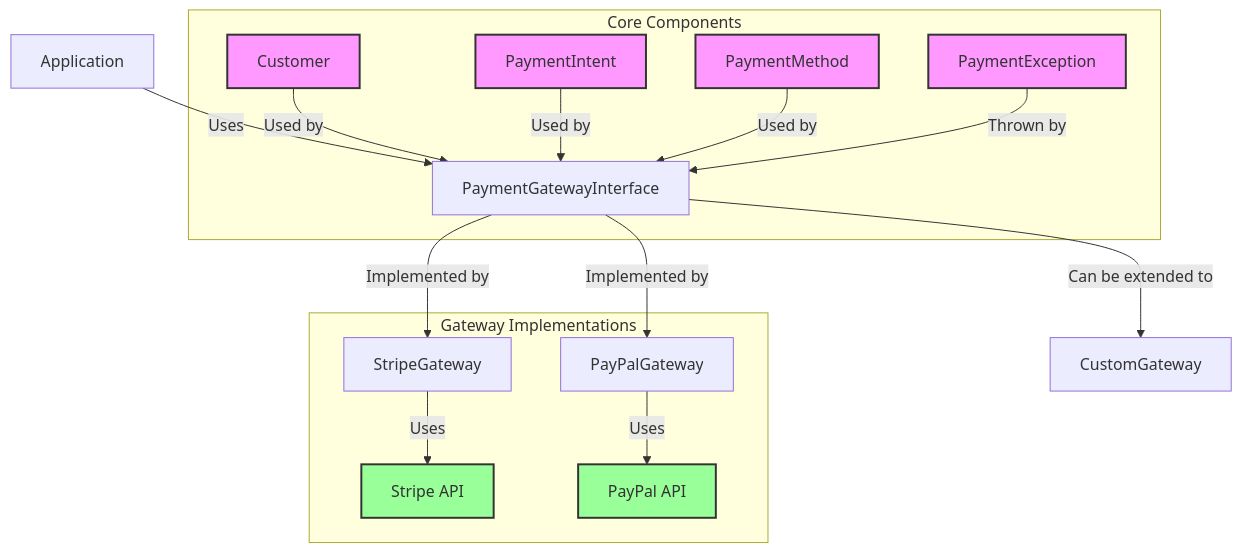
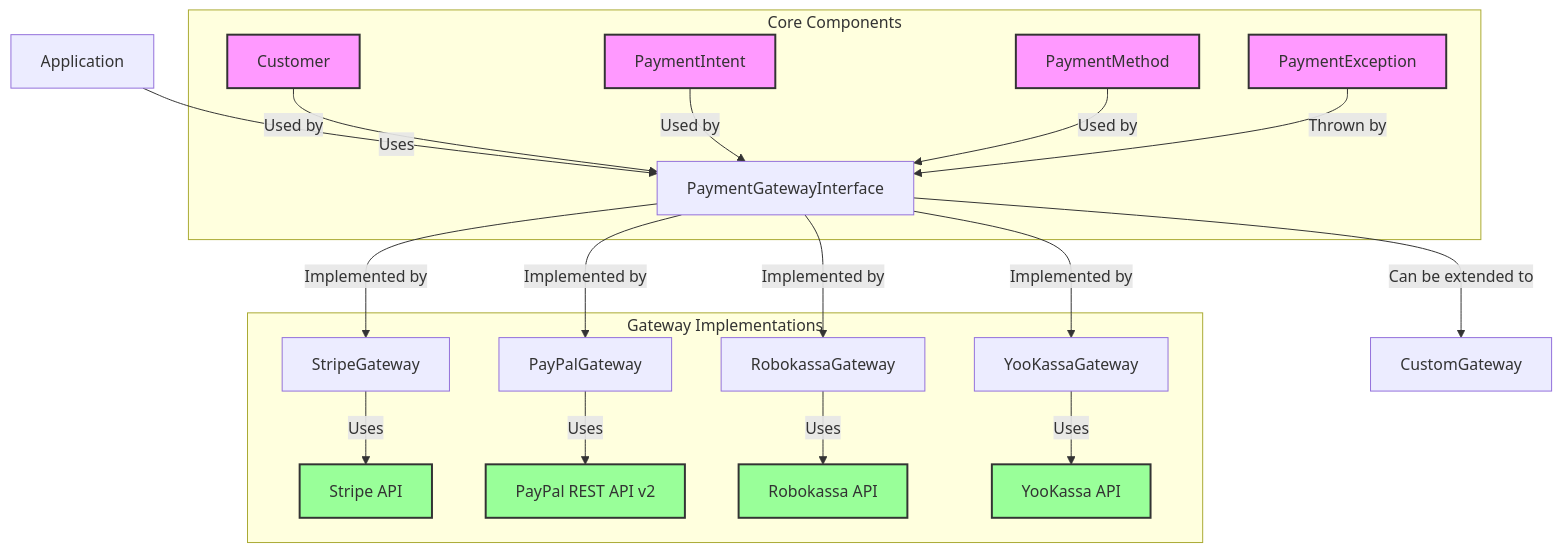
One commit to yiisoft/payments changed the diagram in README.md. Above: the diagram before and after it, drawn with Mermaid. The commit also changed other lines of this file and 13 other files, not shown here.

Commit message:
Changes for PayPal and Robokassa merged into branch YooKassa without changes in common interfaces + integration tests for PayPal and Robokassa + README updates.

````diff
--- a/README.md
+++ b/README.md
@@ -34,26 +34,32 @@
 ```mermaid
 graph TD
     A[Application] -->|Uses| B[PaymentGatewayInterface]
     B -->|Implemented by| C[StripeGateway]
     B -->|Implemented by| D[PayPalGateway]
-    B -->|Can be extended to| E[CustomGateway]
-    
+    B -->|Implemented by| E[RobokassaGateway]
+    B -->|Implemented by| F[YooKassaGateway]
+    B -->|Can be extended to| G[CustomGateway]
+
     subgraph "Core Components"
-        F[Customer] -->|Used by| B
-        G[PaymentIntent] -->|Used by| B
-        H[PaymentMethod] -->|Used by| B
-        I[PaymentException] -->|Thrown by| B
+        H[Customer] -->|Used by| B
+        I[PaymentIntent] -->|Used by| B
+        J[PaymentMethod] -->|Used by| B
+        K[PaymentException] -->|Thrown by| B
     end
-    
+
     subgraph "Gateway Implementations"
-        C -->|Uses| J[Stripe API]
-        D -->|Uses| K[PayPal API]
+        C -->|Uses| L[Stripe API]
+        D -->|Uses| M[PayPal REST API v2]
+        E -->|Uses| N[Robokassa API]
+        F -->|Uses| O[YooKassa API]
     end
-    
-    style F fill:#f9f,stroke:#333,stroke-width:2px
-    style G fill:#f9f,stroke:#333,stroke-width:2px
+
     style H fill:#f9f,stroke:#333,stroke-width:2px
     style I fill:#f9f,stroke:#333,stroke-width:2px
-    style J fill:#9f9,stroke:#333,stroke-width:2px
-    style K fill:#9f9,stroke:#333,stroke-width:2px
+    style J fill:#f9f,stroke:#333,stroke-width:2px
+    style K fill:#f9f,stroke:#333,stroke-width:2px
+    style L fill:#9f9,stroke:#333,stroke-width:2px
+    style M fill:#9f9,stroke:#333,stroke-width:2px
+    style N fill:#9f9,stroke:#333,stroke-width:2px
+    style O fill:#9f9,stroke:#333,stroke-width:2px
 ```
````
